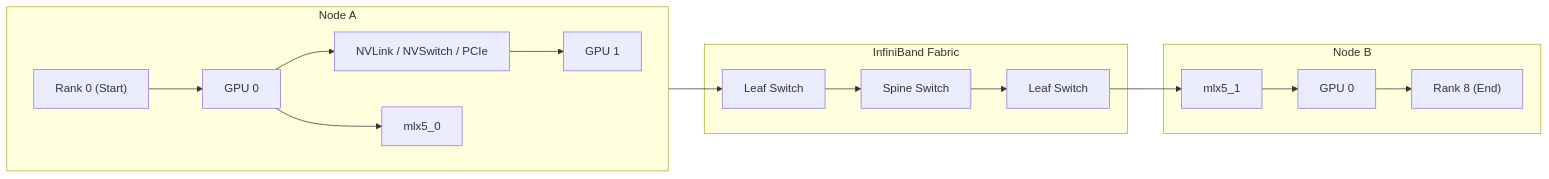
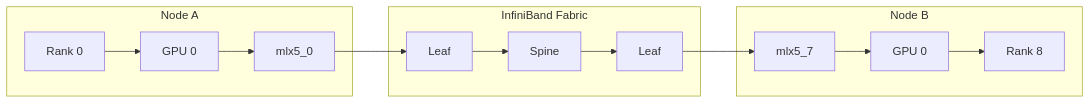
Before and after one commit to hdimmfh/hdimmfh.github.io: the second of 2 diagrams in _posts/2026-07-14-MPI_OpenSM.md, drawn with Mermaid. The commit also changed other lines of this file and 1 other file, not shown here.

````diff
--- a/_posts/2026-07-14-MPI_OpenSM.md
+++ b/_posts/2026-07-14-MPI_OpenSM.md
@@ -132,31 +131,27 @@
 ```mermaid
 flowchart LR
 
-    subgraph NODE_A["Node A"]
-        direction LR
-        R0["Rank 0 (Start)"]
-        G0["GPU 0"]
-        LOCAL["NVLink / NVSwitch / PCIe"]
-        G1["GPU 1"]
-        HCA0["mlx5_0"]
+subgraph NODEA["Node A"]
+R0["Rank 0"]
+G0["GPU 0"]
+H0["mlx5_0"]
+R0 --> G0 --> H0
+end
 
-        R0 --> G0 --> LOCAL --> G1
-        G0 --> HCA0
-    end
+subgraph FABRIC["InfiniBand Fabric"]
+L["Leaf"]
+S["Spine"]
+L2["Leaf"]
+L --> S --> L2
+end
 
-    subgraph IB["InfiniBand Fabric"]
-        SW1["Leaf Switch"]
-        SW2["Spine Switch"]
-        SW3["Leaf Switch"]
+subgraph NODEB["Node B"]
+H1["mlx5_7"]
+G8["GPU 0"]
+R8["Rank 8"]
+H1 --> G8 --> R8
+end
 
-        HCA0 --> SW1 --> SW2 --> SW3
-    end
-
-    subgraph NODE_B["Node B"]
-        HCA1["mlx5_1"]
-        G8["GPU 0"]
-        R8["Rank 8 (End)"]
-
-        SW3 --> HCA1 --> G8 --> R8
-    end
+H0 --> L
+L2 --> H1
 ```
````
